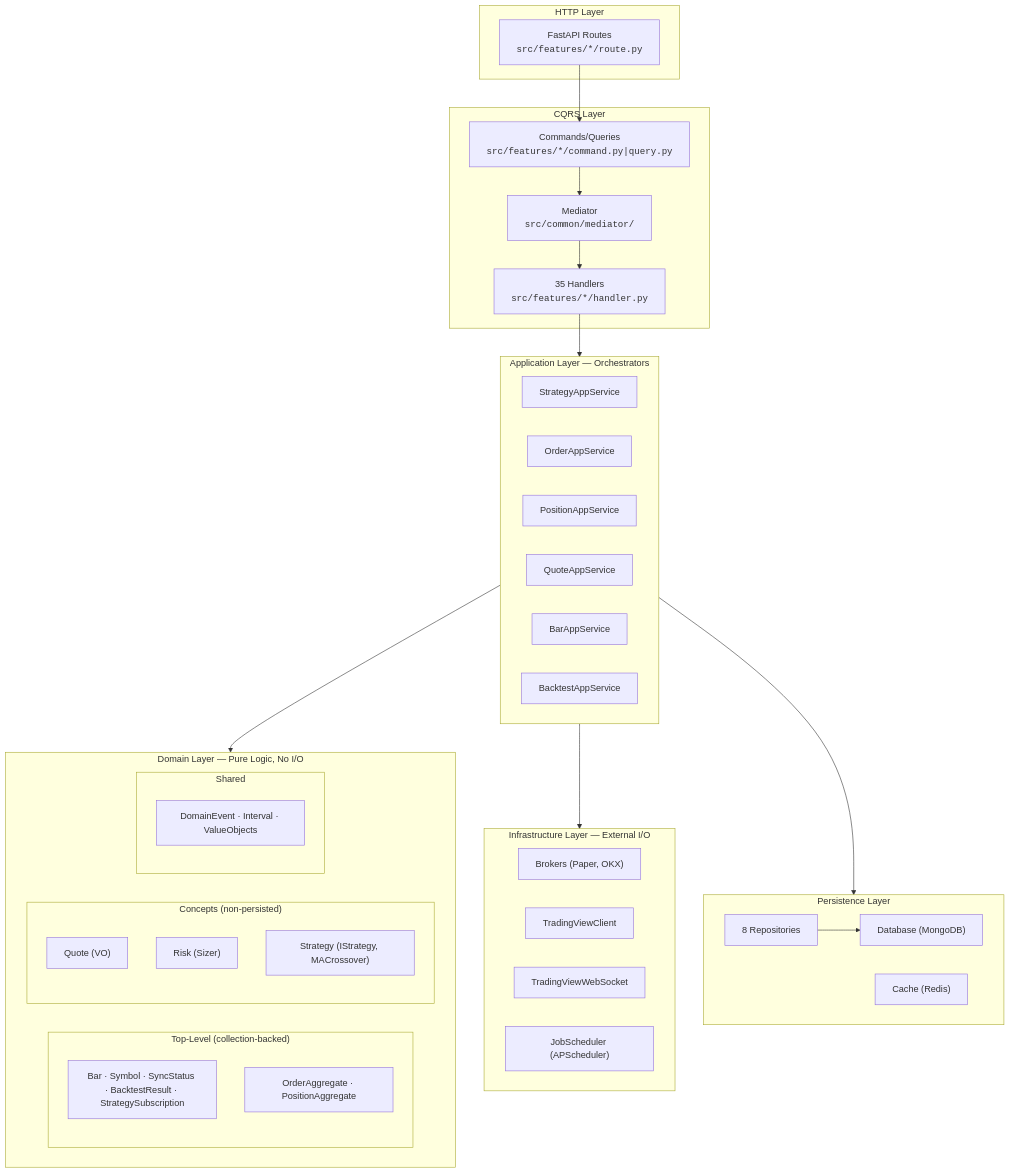
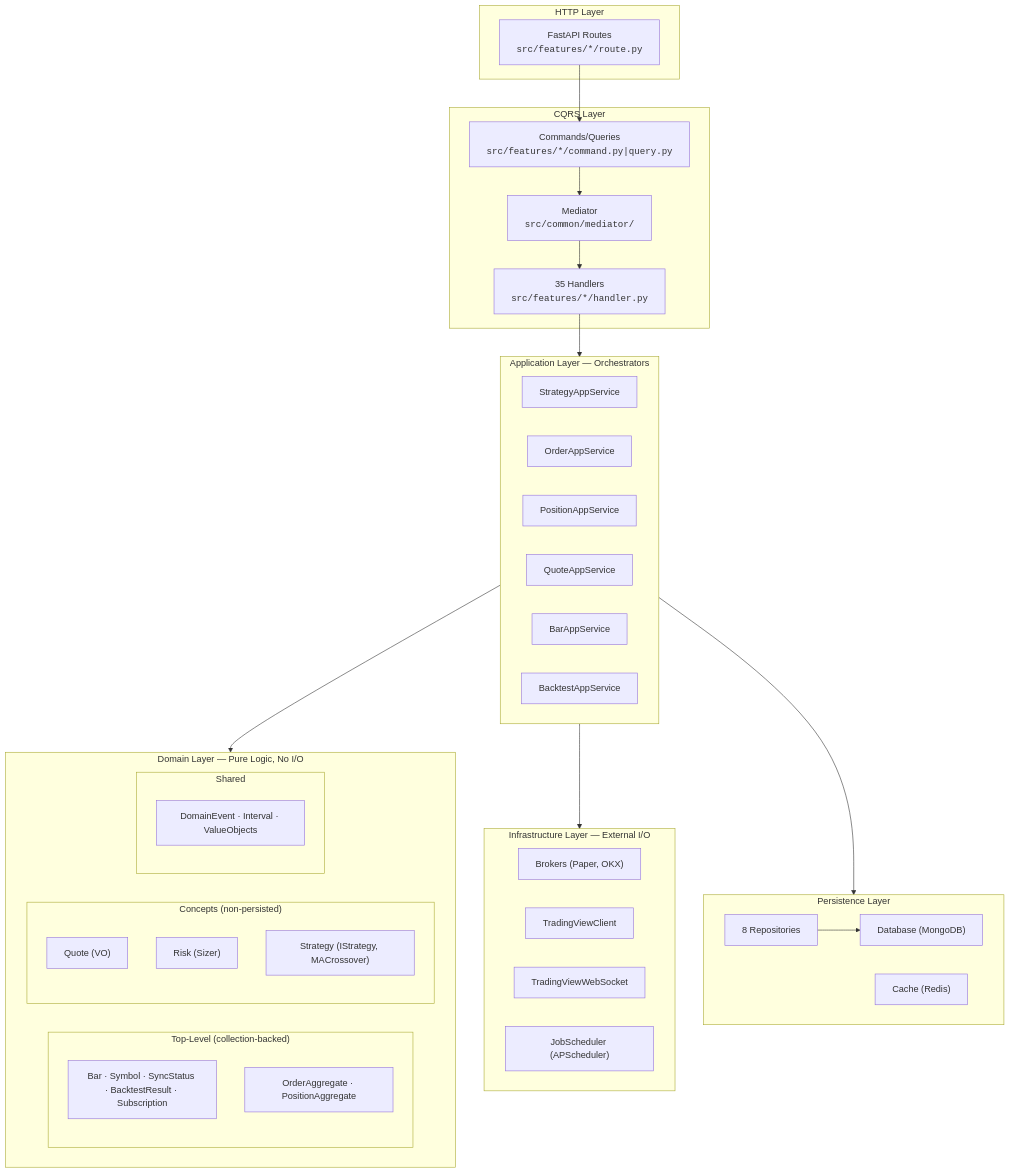
The first of 4 diagrams in docs/architecture-visual-map.md (camping89/pocketquant), drawn with Mermaid before and after one commit. The commit also changed other lines of this file and 10 other files, not shown here.

````diff
--- a/docs/architecture-visual-map.md
+++ b/docs/architecture-visual-map.md
@@ -111,56 +112,56 @@
 ```mermaid
 graph TB
     subgraph HTTP["HTTP Layer"]
         Routes["FastAPI Routes<br/><code>src/features/*/route.py</code>"]
     end
 
     subgraph CQRS["CQRS Layer"]
         Commands["Commands/Queries<br/><code>src/features/*/command.py|query.py</code>"]
         Med["Mediator<br/><code>src/common/mediator/</code>"]
         Handlers["35 Handlers<br/><code>src/features/*/handler.py</code>"]
     end
 
     subgraph APP["Application Layer — Orchestrators"]
         StrategyAppService["StrategyAppService"]
         OrderAppService["OrderAppService"]
         PositionAppService["PositionAppService"]
         QuoteAppService["QuoteAppService"]
         BarAppService["BarAppService"]
         BacktestAppService["BacktestAppService"]
     end
 
     subgraph DOMAIN["Domain Layer — Pure Logic, No I/O"]
         subgraph TOPLEVEL["Top-Level (collection-backed)"]
-            BarEnt["Bar · Symbol · SyncStatus · BacktestResult · StrategySubscription"]
+            BarEnt["Bar · Symbol · SyncStatus · BacktestResult · Subscription"]
             Aggregates["OrderAggregate · PositionAggregate"]
         end
         subgraph CONCEPTS["Concepts (non-persisted)"]
             QuoteVO["Quote (VO)"]
             RiskSvc["Risk (Sizer)"]
             StrategySvc["Strategy (IStrategy, MACrossover)"]
         end
         subgraph SHARED["Shared"]
             SharedBase["DomainEvent · Interval · ValueObjects"]
         end
     end
 
     subgraph INFRA["Infrastructure Layer — External I/O"]
         Brokers["Brokers (Paper, OKX)"]
         TVClient["TradingViewClient"]
         TVWebSocket["TradingViewWebSocket"]
         Scheduler["JobScheduler (APScheduler)"]
     end
 
     subgraph PERSIST["Persistence Layer"]
         DB["Database (MongoDB)"]
         Cache["Cache (Redis)"]
         Repos["8 Repositories"]
     end
 
     Routes --> Commands --> Med --> Handlers
     Handlers --> APP
     APP --> DOMAIN
     APP --> INFRA
     APP --> PERSIST
     Repos --> DB
 ```
````
